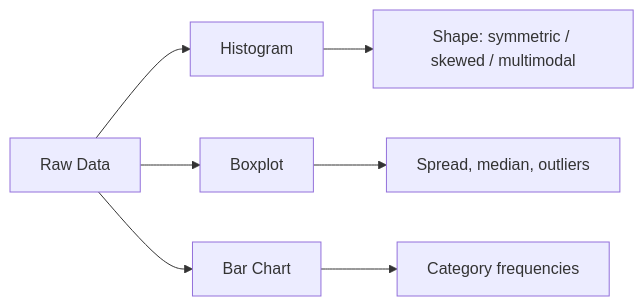
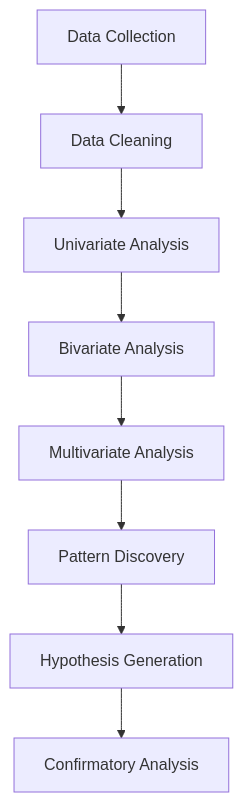
Before and after one commit to muhammadsalek/statistics-for-scientists: diagram 11 of 13 in 01-descriptive-statistics.md, drawn with Mermaid. The commit also changed other lines of this file, not shown here.

````diff
--- a/01-descriptive-statistics.md
+++ b/01-descriptive-statistics.md
@@ -120,9 +1445,10 @@
 ```mermaid
-flowchart LR
-    A[Raw Data] --> B[Histogram]
-    A --> C[Boxplot]
-    A --> D[Bar Chart]
-    B --> E[Shape: symmetric / skewed / multimodal]
-    C --> F[Spread, median, outliers]
-    D --> G[Category frequencies]
+flowchart TD
+    A[Data Collection] --> B[Data Cleaning]
+    B --> C[Univariate Analysis]
+    C --> D[Bivariate Analysis]
+    D --> E[Multivariate Analysis]
+    E --> F[Pattern Discovery]
+    F --> G[Hypothesis Generation]
+    G --> H[Confirmatory Analysis]
 ```
````
